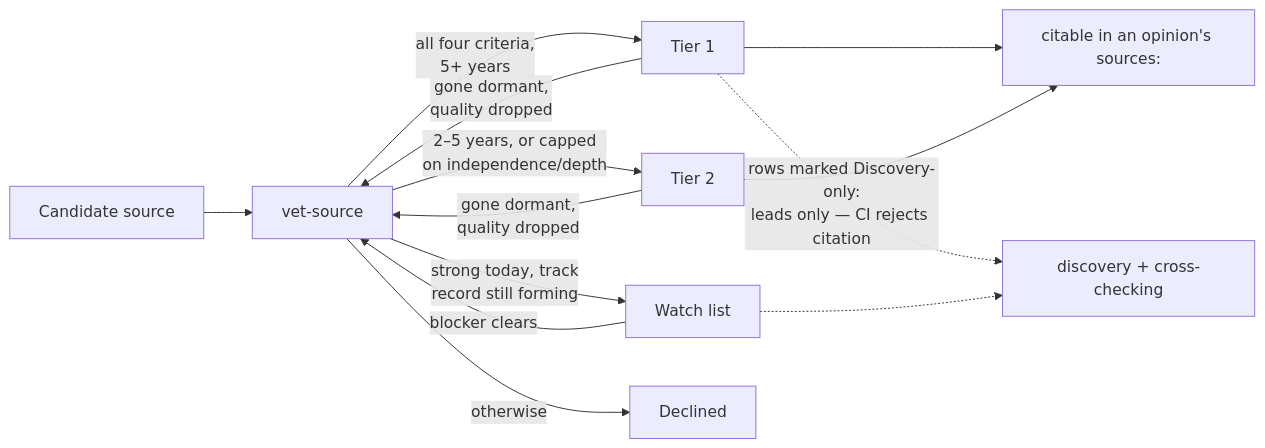
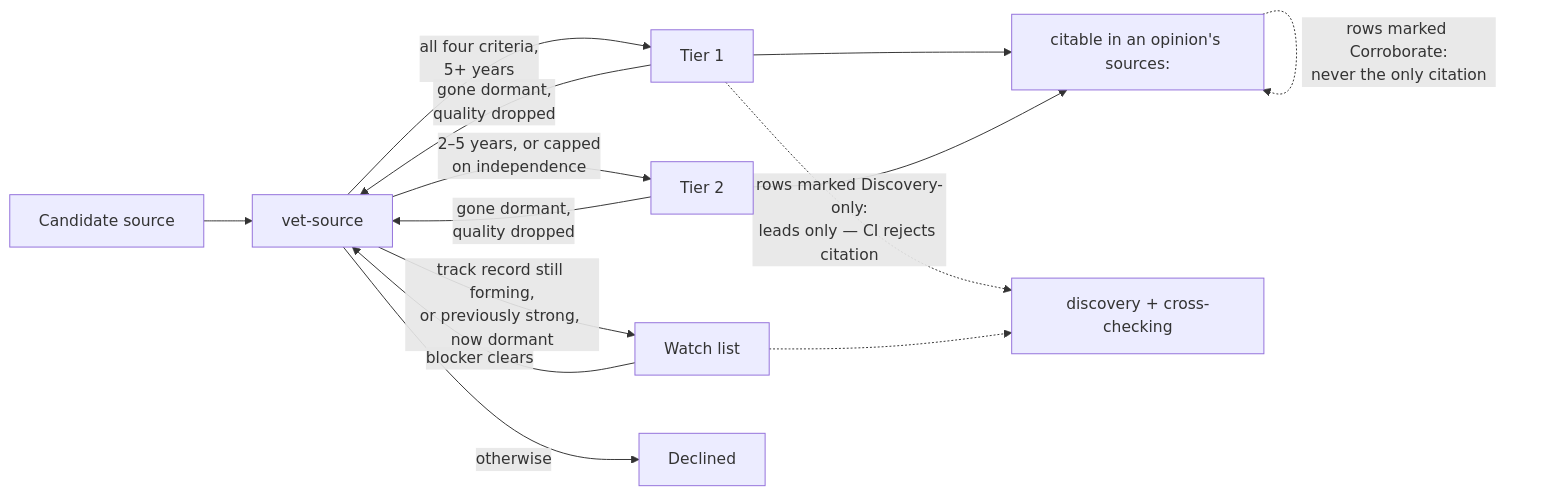
Before and after one commit to si618/dotnet-awesome-humans: the first of 2 diagrams in README.md, drawn with Mermaid. The commit also changed other lines of this file and 32 other files, not shown here.

````diff
--- a/README.md
+++ b/README.md
@@ -61,15 +61,16 @@
 ```mermaid
 flowchart LR
     candidate["Candidate source"] --> vet["vet-source"]
     vet -->|"all four criteria,<br>5+ years"| tier1["Tier 1"]
-    vet -->|"2–5 years, or capped<br>on independence/depth"| tier2["Tier 2"]
-    vet -->|"strong today, track<br>record still forming"| watch["Watch list"]
+    vet -->|"2–5 years, or capped<br>on independence"| tier2["Tier 2"]
+    vet -->|"track record still forming,<br>or previously strong, now dormant"| watch["Watch list"]
     vet -->|"otherwise"| declined["Declined"]
     watch -->|"blocker clears"| vet
     tier1 -->|"gone dormant,<br>quality dropped"| vet
     tier2 -->|"gone dormant,<br>quality dropped"| vet
     tier1 --> cite["citable in an opinion's sources:"]
     tier2 --> cite
     tier1 -.->|"rows marked Discovery-only:<br>leads only — CI rejects citation"| discovery["discovery + cross-checking"]
+    cite -.->|"rows marked Corroborate:<br>never the only citation"| cite
     watch -.-> discovery
 ```
````
